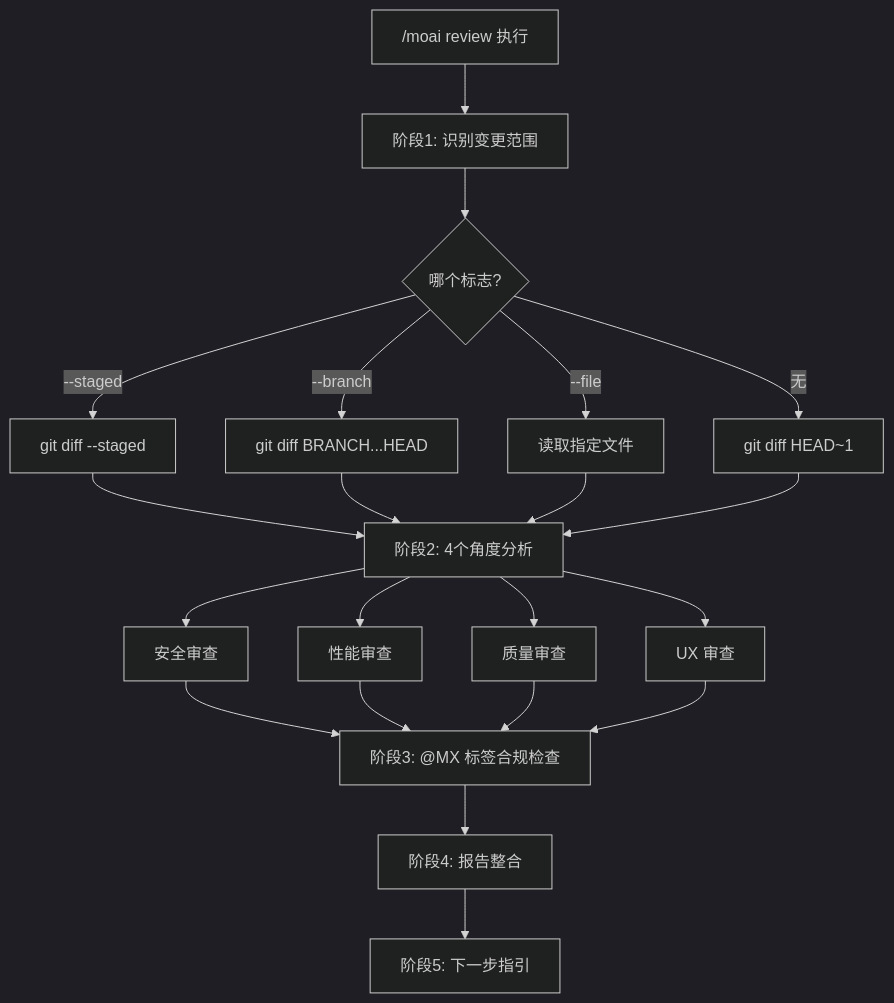
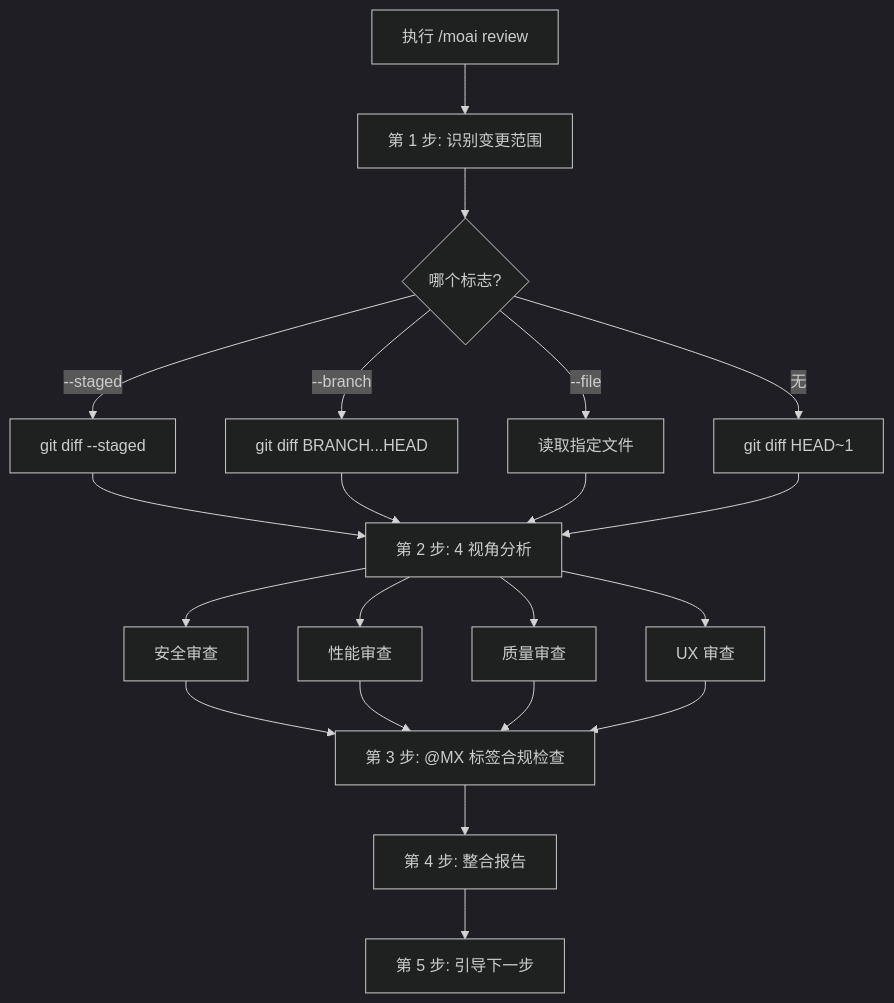
One commit to modu-ai/moai-adk changed the first of 2 diagrams in docs-site/content/zh/quality-commands/moai-review.md. Above: the diagram before and after it, drawn with Mermaid (dark theme). The commit also changed other lines of this file and 395 other files, not shown here.

````diff
--- a/docs-site/content/zh/quality-commands/moai-review.md
+++ b/docs-site/content/zh/quality-commands/moai-review.md
@@ -85,28 +85,28 @@
 ```mermaid
 flowchart TD
-    Start["/moai review 执行"] --> Phase1["阶段1: 识别变更范围"]
+    Start["执行 /moai review"] --> Phase1["第 1 步: 识别变更范围"]
 
     Phase1 --> Scope{"哪个标志?"}
     Scope -->|--staged| Staged["git diff --staged"]
     Scope -->|--branch| Branch["git diff BRANCH...HEAD"]
     Scope -->|--file| File["读取指定文件"]
     Scope -->|无| Recent["git diff HEAD~1"]
 
-    Staged --> Phase2["阶段2: 4个角度分析"]
+    Staged --> Phase2["第 2 步: 4 视角分析"]
     Branch --> Phase2
     File --> Phase2
     Recent --> Phase2
 
     Phase2 --> Security["安全审查"]
     Phase2 --> Performance["性能审查"]
     Phase2 --> Quality["质量审查"]
     Phase2 --> UX["UX 审查"]
 
-    Security --> Phase3["阶段3: @MX 标签合规检查"]
+    Security --> Phase3["第 3 步: @MX 标签合规检查"]
     Performance --> Phase3
     Quality --> Phase3
     UX --> Phase3
 
-    Phase3 --> Phase4["阶段4: 报告整合"]
-    Phase4 --> Phase5["阶段5: 下一步指引"]
+    Phase3 --> Phase4["第 4 步: 整合报告"]
+    Phase4 --> Phase5["第 5 步: 引导下一步"]
 ```
````
